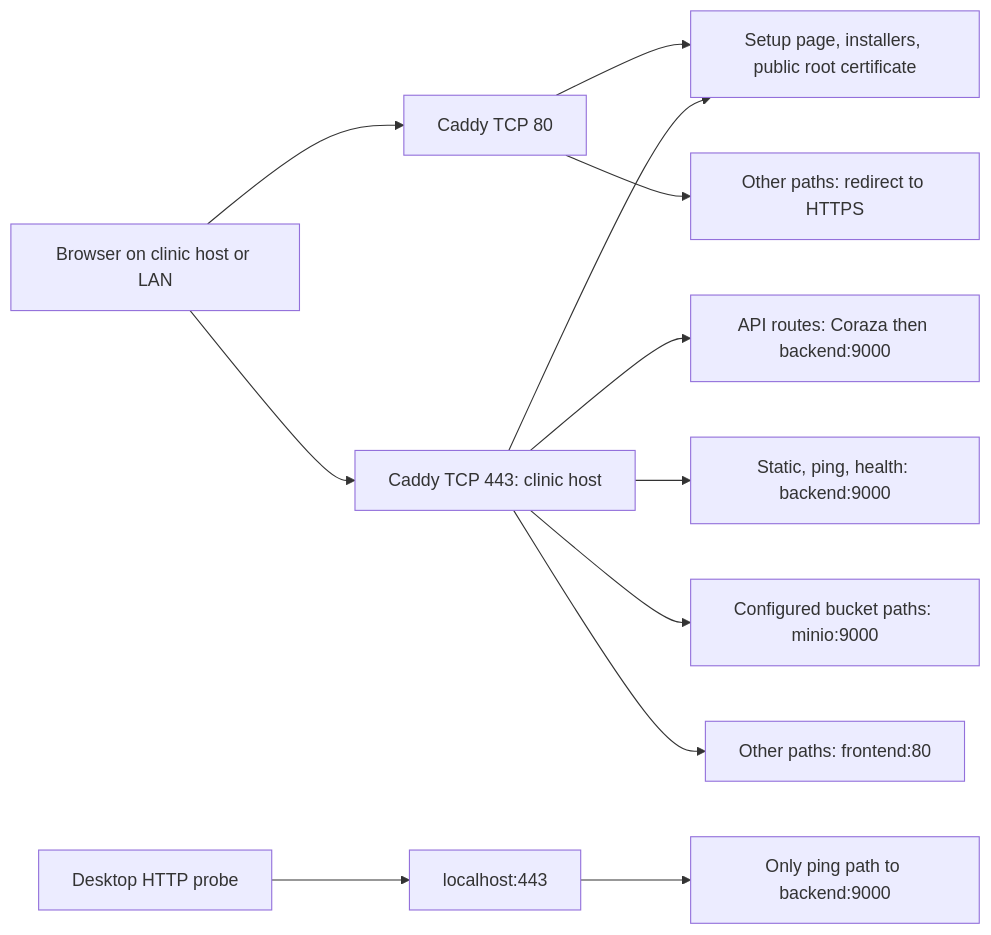
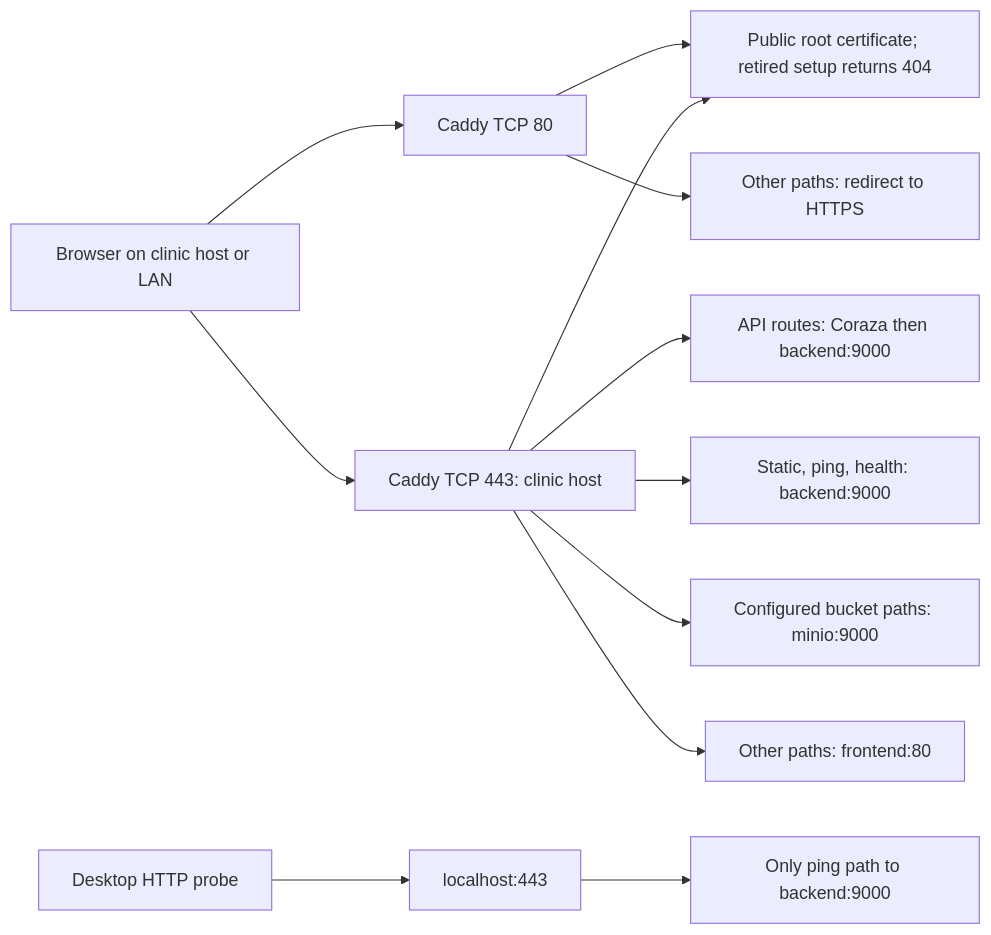
Before and after one commit to ohcnetwork/care_desktop: the fourth of 6 diagrams in docs/clinic-lifecycle.md, drawn with Mermaid. The commit also changed other lines of this file and 50 other files, not shown here.

````diff
--- a/docs/clinic-lifecycle.md
+++ b/docs/clinic-lifecycle.md
@@ -537,14 +546,14 @@
 ```mermaid
 flowchart LR
     Browser["Browser on clinic host or LAN"] --> HTTP["Caddy TCP 80"]
     Browser --> HTTPS["Caddy TCP 443: clinic host"]
-    HTTP --> Bootstrap["Setup page, installers, public root certificate"]
+    HTTP --> Bootstrap["Public root certificate; retired setup returns 404"]
     HTTP --> Redirect["Other paths: redirect to HTTPS"]
     HTTPS --> Bootstrap
     HTTPS --> API["API routes: Coraza then backend:9000"]
     HTTPS --> OtherAPI["Static, ping, health: backend:9000"]
     HTTPS --> Buckets["Configured bucket paths: minio:9000"]
     HTTPS --> Web["Other paths: frontend:80"]
     Probe["Desktop HTTP probe"] --> Local["localhost:443"]
     Local --> Ping["Only ping path to backend:9000"]
 ```
````
